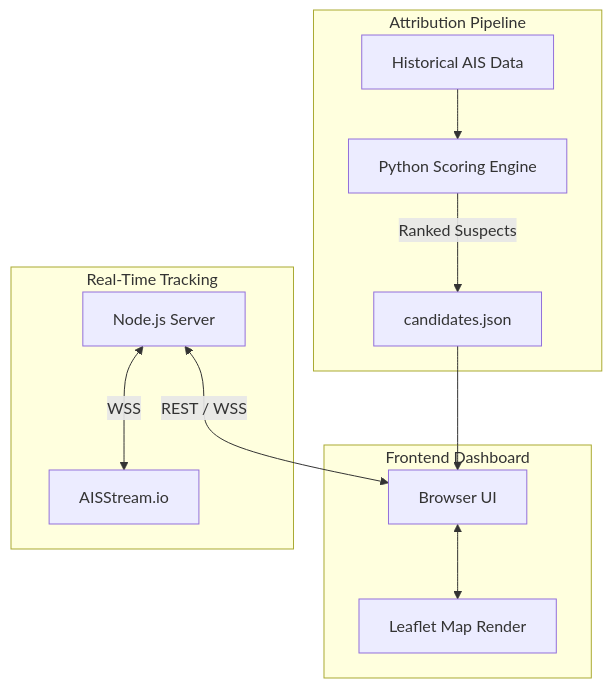
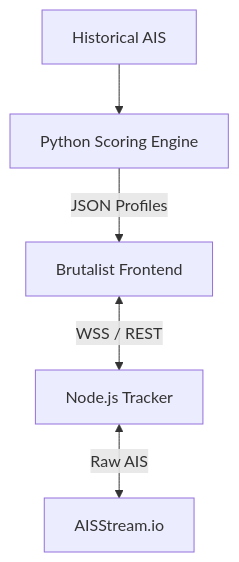
Before and after one commit to GhostPointerX/AquaTrace: the diagram in README.md, drawn with Mermaid. The commit also changed other lines of this file, not shown here.

````diff
--- a/README.md
+++ b/README.md
@@ -57,19 +55,8 @@
 ```mermaid
 graph TD
-    subgraph "Frontend Dashboard"
-    UI[Browser UI]
-    Map[Leaflet Map Render]
-    UI <--> Map
-    end
-
-    subgraph "Real-Time Tracking"
-    Node[Node.js Server] <-->|REST / WSS| UI
-    Node <-->|WSS| AISStream[AISStream.io]
-    end
+    UI[Brutalist Frontend] <-->|WSS / REST| Node[Node.js Tracker]
+    Node <-->|Raw AIS| AISStream[AISStream.io]
     
-    subgraph "Attribution Pipeline"
-    CSV[Historical AIS Data] --> Engine[Python Scoring Engine]
-    Engine -->|Ranked Suspects| JSON[candidates.json]
-    JSON --> UI
-    end
+    CSV[Historical AIS] --> Engine[Python Scoring Engine]
+    Engine -->|JSON Profiles| UI
 ```
````
